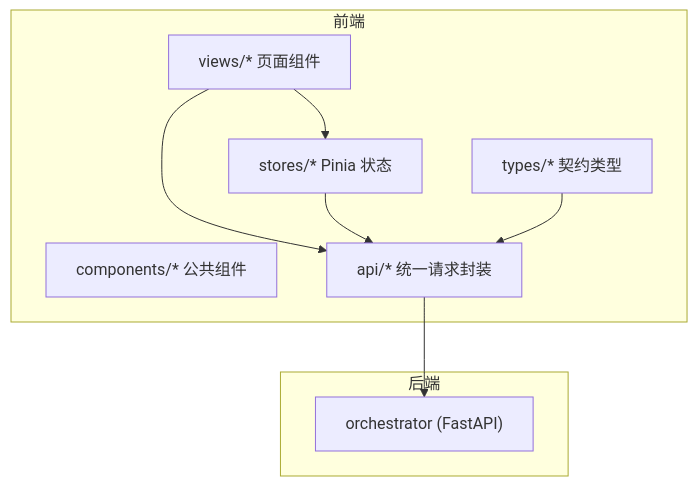
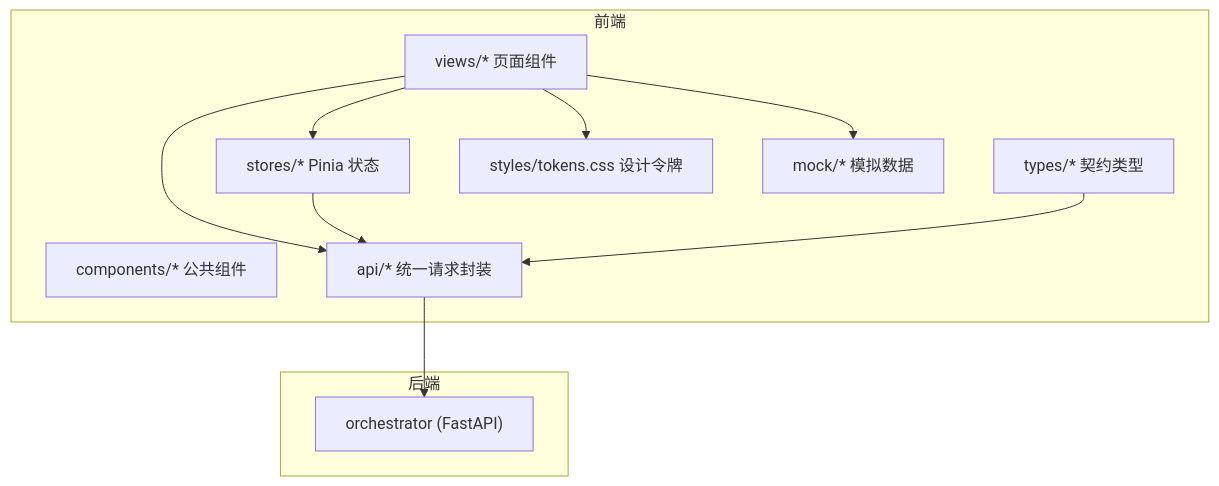
The second of 8 diagrams in .qoder/repowiki/zh/content/系统架构/微服务设计/前端应用.md (Joeyzheng001/LLM-AutoTest), drawn with Mermaid before and after one commit. The commit also changed other lines of this file and 41 other files, not shown here.

````diff
--- a/.qoder/repowiki/zh/content/系统架构/微服务设计/前端应用.md
+++ b/.qoder/repowiki/zh/content/系统架构/微服务设计/前端应用.md
@@ -89,18 +117,22 @@
 ```mermaid
 graph TB
 subgraph "前端"
 Views["views/* 页面组件"]
 Components["components/* 公共组件"]
 Store["stores/* Pinia 状态"]
 Api["api/* 统一请求封装"]
 Types["types/* 契约类型"]
+Tokens["styles/tokens.css 设计令牌"]
+Mock["mock/* 模拟数据"]
 end
 subgraph "后端"
 Orchestrator["orchestrator (FastAPI)"]
 end
 Views --> Store
 Views --> Api
+Views --> Tokens
+Views --> Mock
 Store --> Api
 Api --> Orchestrator
 Types --> Api
 ```
````
